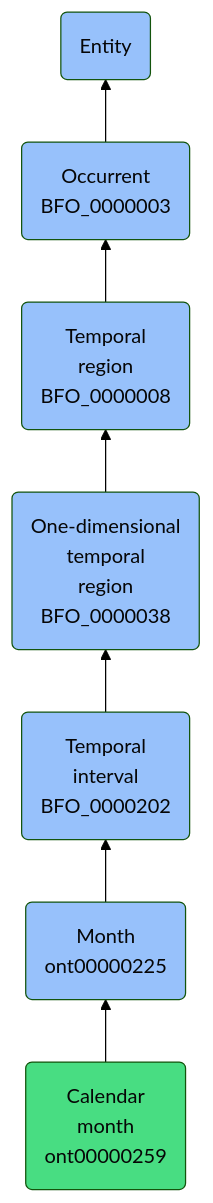
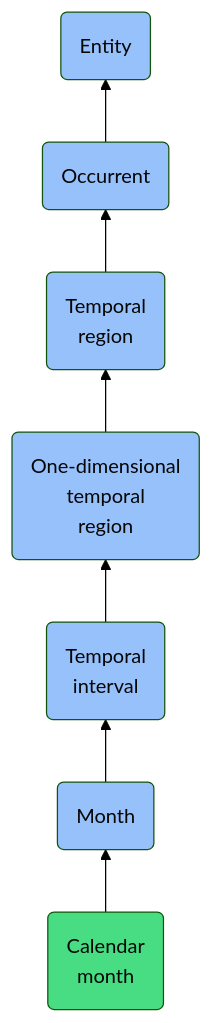
Before and after one commit to jupyter-naas/abi: the diagram in docs/ontology/reference/model/Entity/Occurrent/Temporal region/One-dimensional temporal region/Temporal interval/Month/Calendar month/Calendar month.md, drawn with Mermaid (forest theme). The commit also changed other lines of this file and 1430 other files, not shown here.

````diff
--- a/docs/ontology/reference/model/Entity/Occurrent/Temporal region/One-dimensional temporal region/Temporal interval/Month/Calendar month/Calendar month.md
+++ b/docs/ontology/reference/model/Entity/Occurrent/Temporal region/One-dimensional temporal region/Temporal interval/Month/Calendar month/Calendar month.md
@@ -24,14 +24,14 @@
 ```mermaid
 graph BT
-    ont00000259(Calendar<br>month<br>ont00000259):::ABI-->ont00000225
-    ont00000225(Month<br>ont00000225):::BFO-->BFO_0000202
-    BFO_0000202(Temporal<br>interval<br>BFO_0000202):::BFO-->BFO_0000038
-    BFO_0000038(One-dimensional<br>temporal<br>region<br>BFO_0000038):::BFO-->BFO_0000008
-    BFO_0000008(Temporal<br>region<br>BFO_0000008):::BFO-->BFO_0000003
-    BFO_0000003(Occurrent<br>BFO_0000003):::BFO-->BFO_0000001
+    ont00000259(Calendar<br>month):::ABI-->ont00000225
+    ont00000225(Month):::BFO-->BFO_0000202
+    BFO_0000202(Temporal<br>interval):::BFO-->BFO_0000038
+    BFO_0000038(One-dimensional<br>temporal<br>region):::BFO-->BFO_0000008
+    BFO_0000008(Temporal<br>region):::BFO-->BFO_0000003
+    BFO_0000003(Occurrent):::BFO-->BFO_0000001
     BFO_0000001(Entity):::BFO
     
     classDef BFO fill:#97c1fb,color:#060606
     classDef CCO fill:#e4c51e,color:#060606
     classDef ABI fill:#48DD82,color:#060606
 ```
````
